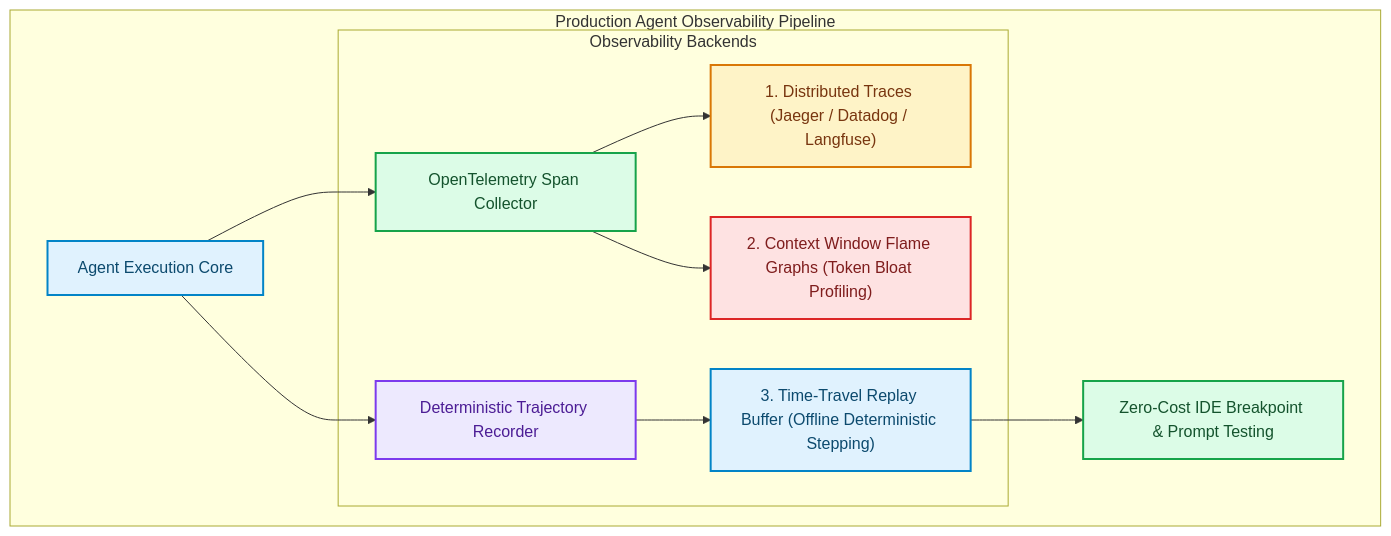
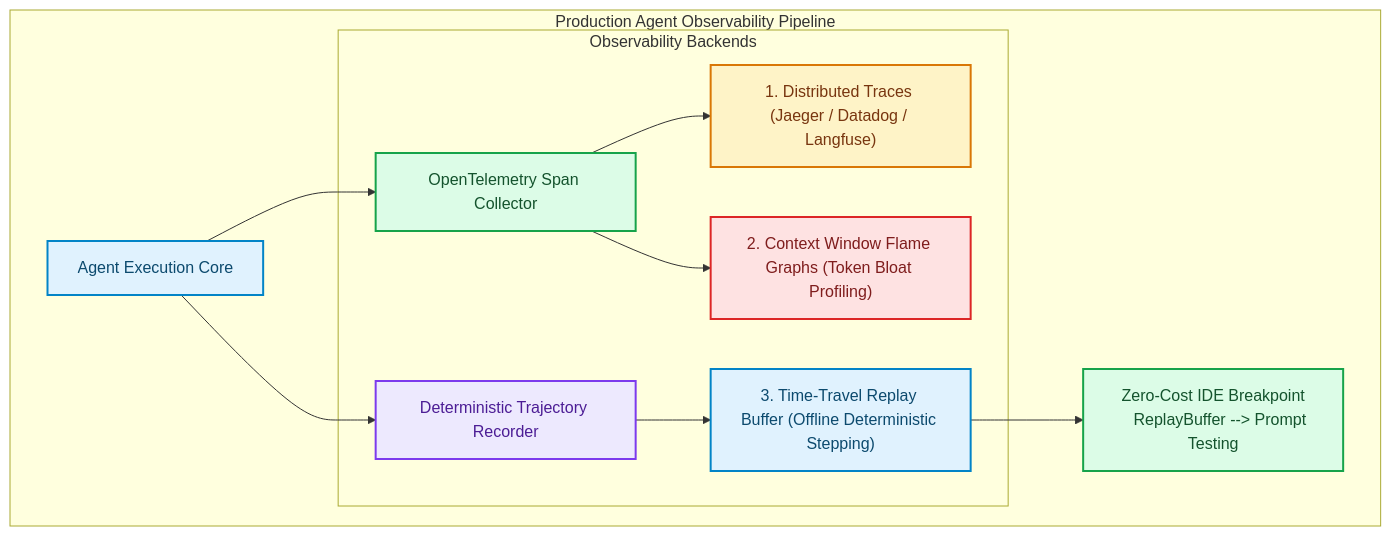
The first of 2 diagrams in blog/posts/debugging-black-box-ai-agents-opentelemetry-time-travel-replay.md (akmalkhaniub/akmalkhaniub.github.io), drawn with Mermaid before and after one commit. The commit also changed 894 other files, not shown here.

Commit message:
feat(blog): upgrade all 444 posts with unique staggered dates, 2-col Mermaid spines, benchmark tables, code blocks, and trade-offs

````diff
--- a/blog/posts/debugging-black-box-ai-agents-opentelemetry-time-travel-replay.md
+++ b/blog/posts/debugging-black-box-ai-agents-opentelemetry-time-travel-replay.md
@@ -14,26 +14,27 @@
 ```mermaid
 flowchart TD
   subgraph SG1_ProductionAgentObservability ["Production Agent Observability Pipeline"]
     AgentCore["Agent Execution Core"] --> OTel["OpenTelemetry Span Collector"]
     AgentCore --> Recorder["Deterministic Trajectory Recorder"]
     
     subgraph SG2_ObservabilityBackends ["Observability Backends"]
       OTel --> Traces["1. Distributed Traces (Jaeger / Datadog / Langfuse)"]
       OTel --> FlameGraphs["2. Context Window Flame Graphs (Token Bloat Profiling)"]
       Recorder --> ReplayBuffer["3. Time-Travel Replay Buffer (Offline Deterministic Stepping)"]
     end
     
-    ReplayBuffer --> OfflineDebugger["Zero-Cost IDE Breakpoint & Prompt Testing"]
+    ReplayBuffer --> OfflineDebugger["Zero-Cost IDE Breakpoint
+    ReplayBuffer --> Prompt Testing"]
   end
 
 classDef green fill:#dcfce7,stroke:#16a34a,stroke-width:2px,color:#14532d;
 classDef red fill:#fee2e2,stroke:#dc2626,stroke-width:2px,color:#7f1d1d;
 classDef blue fill:#e0f2fe,stroke:#0284c7,stroke-width:2px,color:#0c4a6e;
 classDef yellow fill:#fef3c7,stroke:#d97706,stroke-width:2px,color:#78350f;
 classDef purple fill:#ede9fe,stroke:#7c3aed,stroke-width:2px,color:#4c1d95;
 class AgentCore,ReplayBuffer blue
 class OTel,OfflineDebugger green
 class Recorder purple
 class Traces yellow
 class FlameGraphs red
 ```
````
